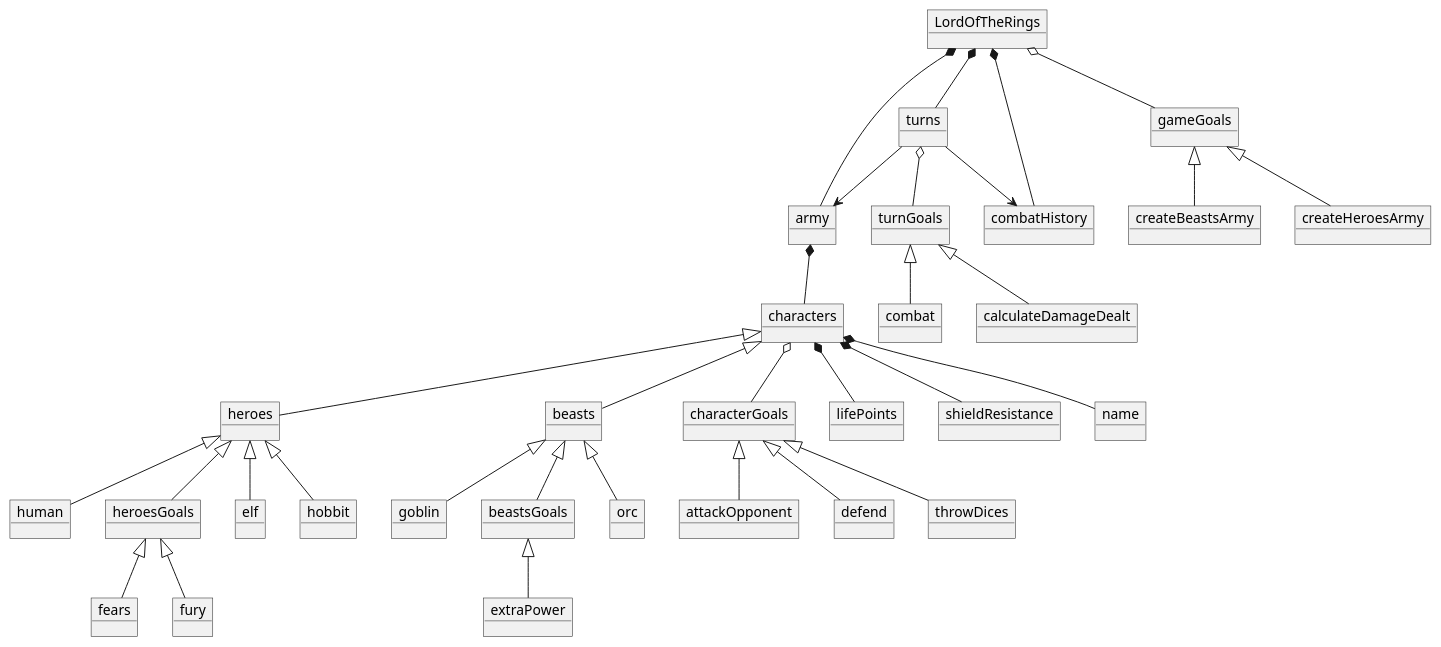
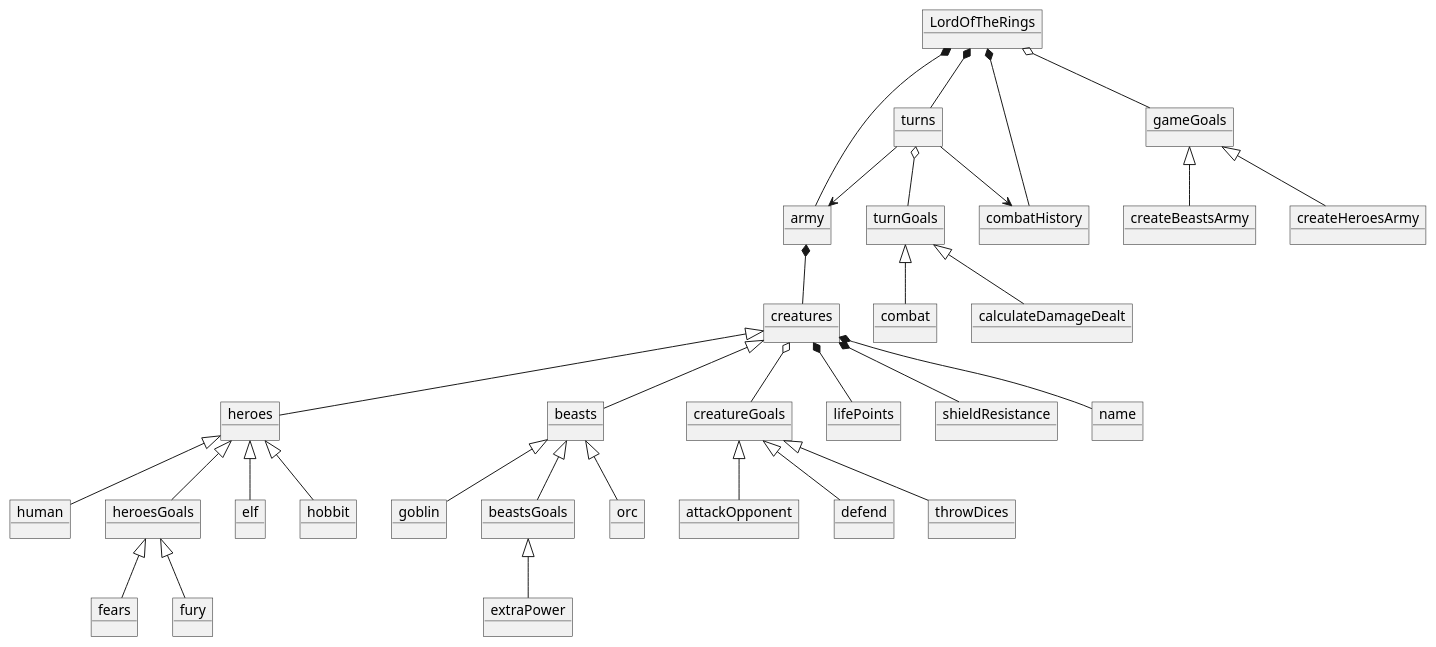
One commit to daniel-Lopez-telus/LordOfTheRings changed the diagram in docs/ObjectDiagram.puml. Above: the diagram before and after it, drawn with PlantUML. The commit also changed 3 other files, not shown here.

Commit message:
Rename: character to creature

```diff
--- a/docs/ObjectDiagram.puml
+++ b/docs/ObjectDiagram.puml
@@ -1,79 +1,79 @@
-@startuml
+@startuml ObjectDiagram
 
 object LordOfTheRings
 
-object characters
+object creatures
 object heroes
 object beasts
 object army
 object throwDices
 object calculateDamageDealt
 object combatHistory
 object elf
 object hobbit
 object orc
 object goblin
 object human
-object characterGoals
+object creatureGoals
 object attackOpponent
 object defend
 object fury
 object fears
 object extraPower
 object heroesGoals
 object beastsGoals  
 
 object gameGoals
 object createHeroesArmy
 object createBeastsArmy
 object combat
 
 object turns
 object turnGoals
 
 object lifePoints
 object shieldResistance
 object name
 
 LordOfTheRings *-- turns
 LordOfTheRings *-- army
 LordOfTheRings o-- gameGoals
 LordOfTheRings *-- combatHistory
 
-army *-- characters
+army *-- creatures
 turns --> army
-characters <|-- heroes
-characters <|-- beasts
+creatures <|-- heroes
+creatures <|-- beasts
 
 gameGoals <|-- createHeroesArmy
 gameGoals <|-- createBeastsArmy
 
 turns o-- turnGoals
 turnGoals <|-- combat
 turnGoals <|-- calculateDamageDealt
 
-characters *-- name
-characters *-- lifePoints
-characters *-- shieldResistance
+creatures *-- name
+creatures *-- lifePoints
+creatures *-- shieldResistance
 
 turns --> combatHistory
 
 heroes <|-- elf
 heroes <|-- hobbit
 beasts <|-- orc
 beasts <|-- goblin
 heroes <|-- human
 
-characters o-- characterGoals
-characterGoals <|-- attackOpponent 
-characterGoals <|-- defend
-characterGoals<|-- throwDices
+creatures o-- creatureGoals
+creatureGoals <|-- attackOpponent 
+creatureGoals <|-- defend
+creatureGoals<|-- throwDices
 
 heroes <|-- heroesGoals
 heroesGoals <|-- fears
 heroesGoals <|-- fury
 
 beasts <|-- beastsGoals 
 beastsGoals <|--extraPower
 
 @enduml
```
